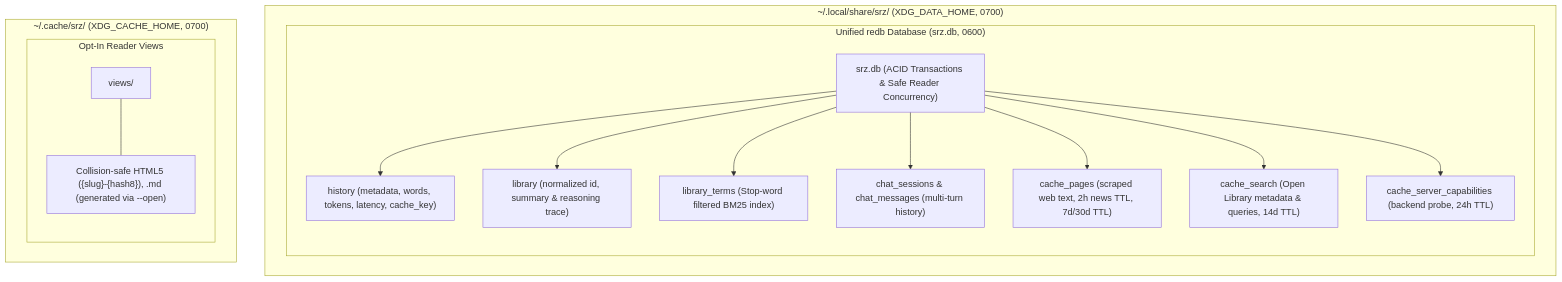
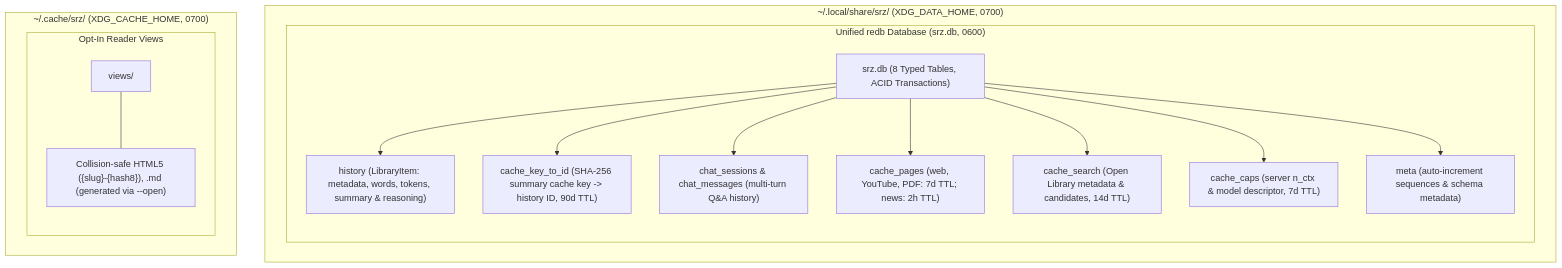
One commit to NewGuy012/srz changed the fourth of 4 diagrams in docs/src/architecture.md. Above: the diagram before and after it, drawn with Mermaid. The commit also changed other lines of this file and 9 other files, not shown here.

````diff
--- a/docs/src/architecture.md
+++ b/docs/src/architecture.md
@@ -256,21 +257,21 @@
 ```mermaid
 graph TD
     subgraph DataRoot["~/.local/share/srz/ (XDG_DATA_HOME, 0700)"]
         subgraph UnifiedDB["Unified redb Database (srz.db, 0600)"]
-            D["srz.db (ACID Transactions & Safe Reader Concurrency)"]
-            D --> T1["history (metadata, words, tokens, latency, cache_key)"]
-            D --> T2["library (normalized id, summary & reasoning trace)"]
-            D --> T3["library_terms (Stop-word filtered BM25 index)"]
-            D --> T4["chat_sessions & chat_messages (multi-turn history)"]
-            D --> T5["cache_pages (scraped web text, 2h news TTL, 7d/30d TTL)"]
-            D --> T6["cache_search (Open Library metadata & queries, 14d TTL)"]
-            D --> T7["cache_server_capabilities (backend probe, 24h TTL)"]
+            D["srz.db (8 Typed Tables, ACID Transactions)"]
+            D --> T1["history (LibraryItem: metadata, words, tokens, summary & reasoning)"]
+            D --> T2["cache_key_to_id (SHA-256 summary cache key -> history ID, 90d TTL)"]
+            D --> T3["chat_sessions & chat_messages (multi-turn Q&A history)"]
+            D --> T4["cache_pages (web, YouTube, PDF: 7d TTL; news: 2h TTL)"]
+            D --> T5["cache_search (Open Library metadata & candidates, 14d TTL)"]
+            D --> T6["cache_caps (server n_ctx & model descriptor, 7d TTL)"]
+            D --> T7["meta (auto-increment sequences & schema metadata)"]
         end
     end
 
     subgraph CacheRoot["~/.cache/srz/ (XDG_CACHE_HOME, 0700)"]
         subgraph ViewsDir["Opt-In Reader Views"]
             V["views/"] --- V_desc["Collision-safe HTML5 ({slug}-{hash8}), .md (generated via --open)"]
         end
     end
 ```
````
